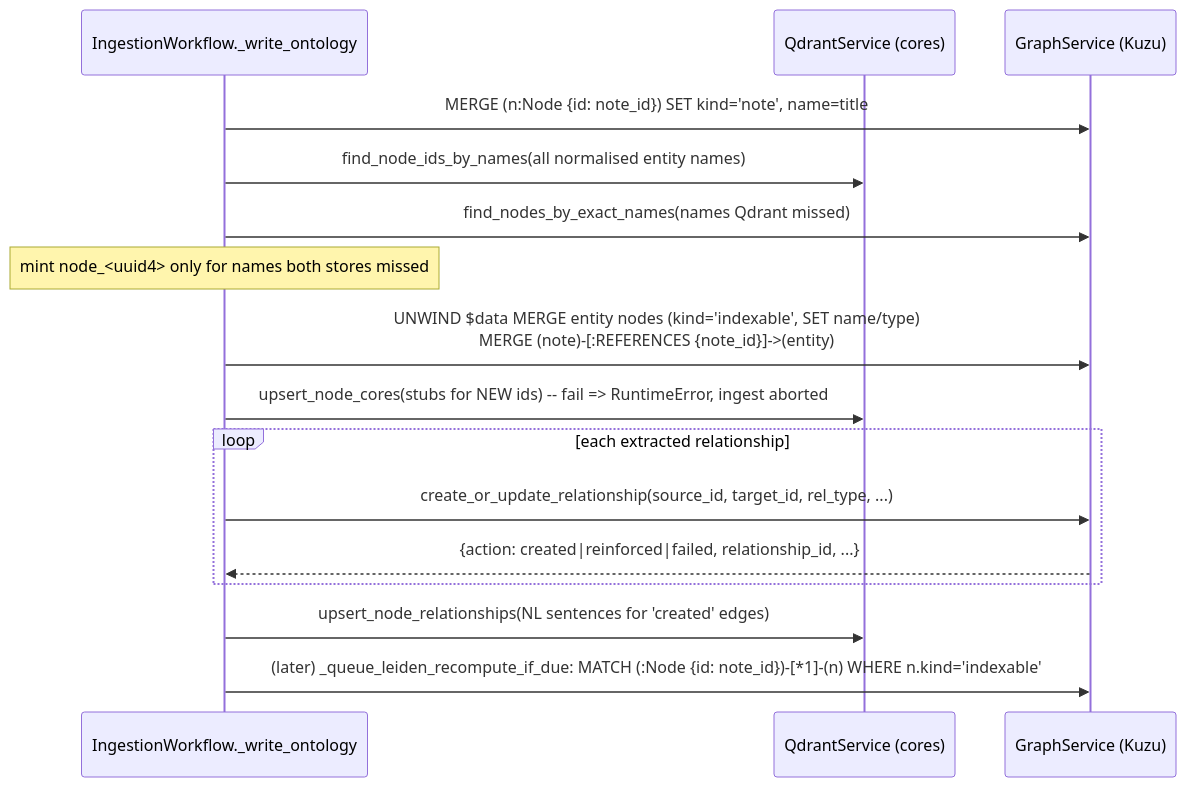
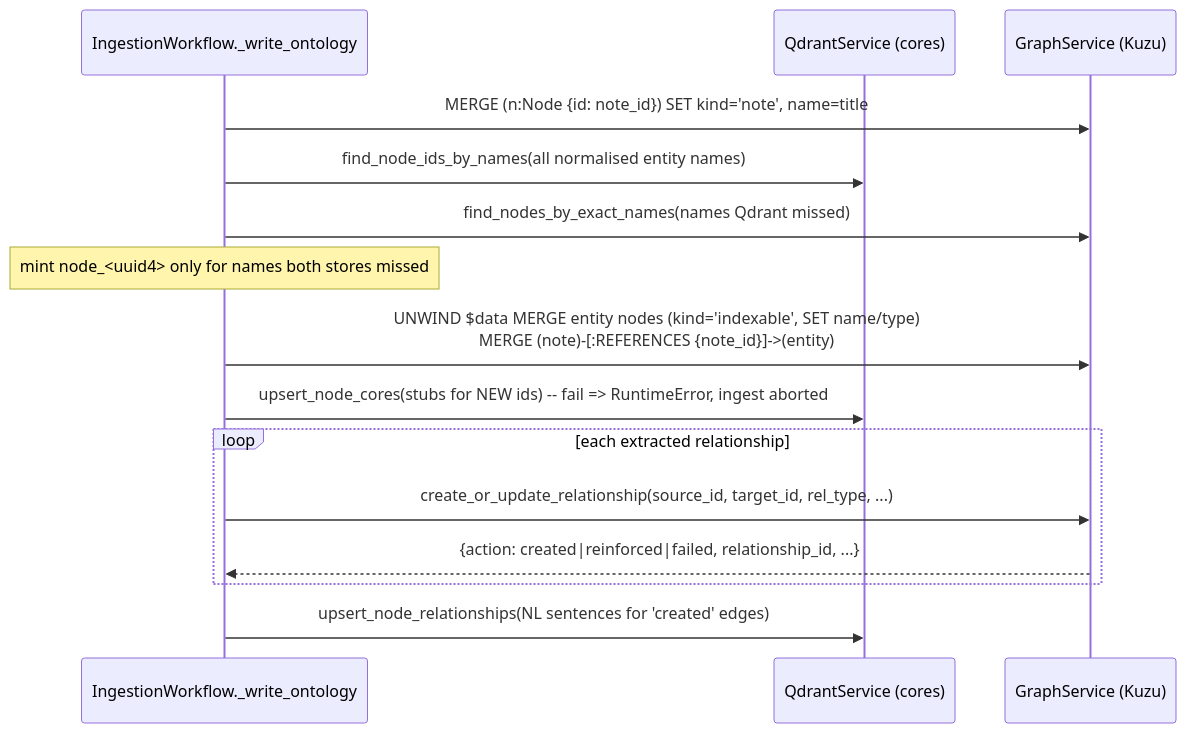
Before and after one commit to josetseph/Orb: the third of 3 diagrams in Docs/14-graph-storage-kuzu.md, drawn with Mermaid. The commit also changed other lines of this file and 16 other files, not shown here.

````diff
--- a/Docs/14-graph-storage-kuzu.md
+++ b/Docs/14-graph-storage-kuzu.md
@@ -112,18 +111,17 @@
 ```mermaid
 sequenceDiagram
     participant W as IngestionWorkflow._write_ontology
     participant Q as QdrantService (cores)
     participant K as GraphService (Kuzu)
     W->>K: MERGE (n:Node {id: note_id}) SET kind='note', name=title
     W->>Q: find_node_ids_by_names(all normalised entity names)
     W->>K: find_nodes_by_exact_names(names Qdrant missed)
     Note over W: mint node_<uuid4> only for names both stores missed
     W->>K: UNWIND $data MERGE entity nodes (kind='indexable', SET name/type)<br/>MERGE (note)-[:REFERENCES {note_id}]->(entity)
     W->>Q: upsert_node_cores(stubs for NEW ids)  -- fail => RuntimeError, ingest aborted
     loop each extracted relationship
         W->>K: create_or_update_relationship(source_id, target_id, rel_type, ...)
         K-->>W: {action: created|reinforced|failed, relationship_id, ...}
     end
     W->>Q: upsert_node_relationships(NL sentences for 'created' edges)
-    W->>K: (later) _queue_leiden_recompute_if_due: MATCH (:Node {id: note_id})-[*1]-(n) WHERE n.kind='indexable'
 ```
````
